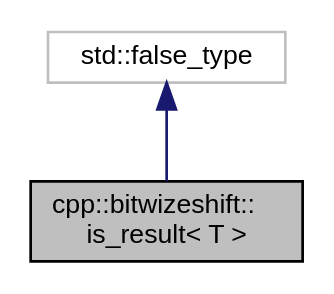
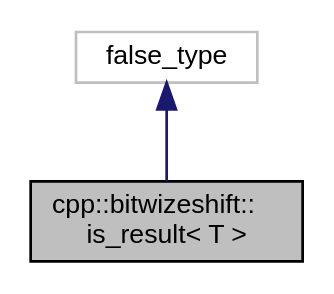
The diagram in api/latest/d2/dba/structcpp_1_1bitwizeshift_1_1is__result__coll__graph.dot (bitwizeshift/result), drawn with Graphviz before and after one commit. The commit also changed 170 other files, not shown here.

```diff
--- a/api/latest/d2/dba/structcpp_1_1bitwizeshift_1_1is__result__coll__graph.dot
+++ b/api/latest/d2/dba/structcpp_1_1bitwizeshift_1_1is__result__coll__graph.dot
@@ -1,8 +1,9 @@
 digraph "cpp::bitwizeshift::is_result&lt; T &gt;"
 {
+ // LATEX_PDF_SIZE
   edge [fontname="Helvetica",fontsize="10",labelfontname="Helvetica",labelfontsize="10"];
   node [fontname="Helvetica",fontsize="10",shape=record];
-  Node2 [label="cpp::bitwizeshift::\lis_result\< T \>",height=0.2,width=0.4,color="black", fillcolor="grey75", style="filled", fontcolor="black"];
-  Node3 -> Node2 [dir="back",color="midnightblue",fontsize="10",style="solid",fontname="Helvetica"];
-  Node3 [label="std::false_type",height=0.2,width=0.4,color="grey75", fillcolor="white", style="filled"];
+  Node1 [label="cpp::bitwizeshift::\lis_result\< T \>",height=0.2,width=0.4,color="black", fillcolor="grey75", style="filled", fontcolor="black",tooltip=" "];
+  Node2 -> Node1 [dir="back",color="midnightblue",fontsize="10",style="solid",fontname="Helvetica"];
+  Node2 [label="false_type",height=0.2,width=0.4,color="grey75", fillcolor="white", style="filled",tooltip=" "];
 }
```
